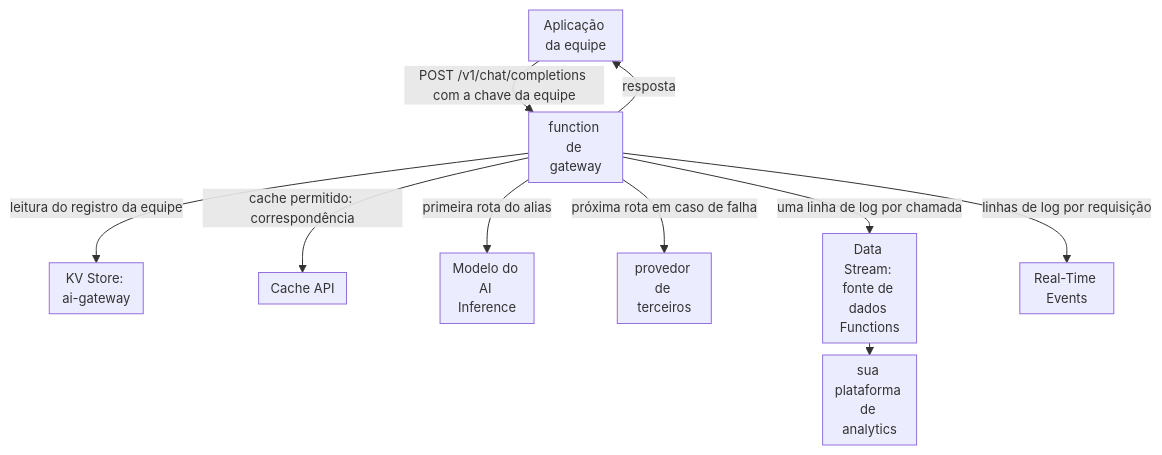
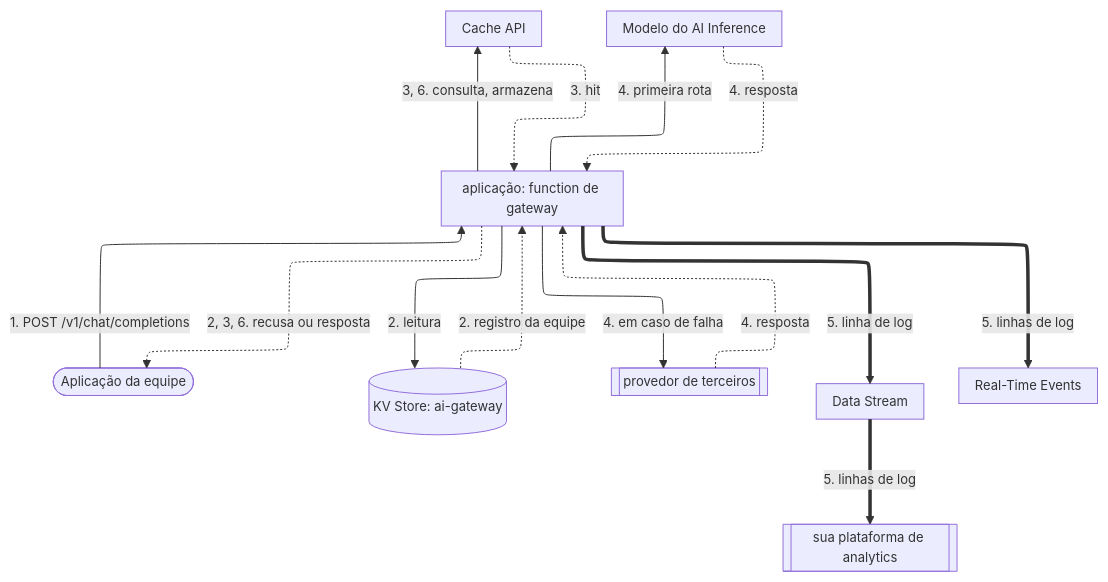
One commit to aziontech/docs changed the diagram in apps/docs/src/content/docs/pt-br/pages/casos-de-uso/construir-e-executar-workloads-de-ai/governar-o-acesso-a-multiplos-modelos-de-ia.mdx. Above: the diagram before and after it, drawn with Mermaid. The commit also changed other lines of this file and 55 other files, not shown here.

Commit message:
docs(use-cases): redraw the use-case diagrams with the way back and check their claims (#2509)

````diff
--- a/apps/docs/src/content/docs/pt-br/pages/casos-de-uso/construir-e-executar-workloads-de-ai/governar-o-acesso-a-multiplos-modelos-de-ia.mdx
+++ b/apps/docs/src/content/docs/pt-br/pages/casos-de-uso/construir-e-executar-workloads-de-ai/governar-o-acesso-a-multiplos-modelos-de-ia.mdx
@@ -45,13 +47,26 @@
 ```mermaid
-%%{init: {"layout": "dagre", "themeVariables": {"fontSize": "13px"}, "flowchart": {"nodeSpacing": 12, "rankSpacing": 12, "padding": 6, "wrappingWidth": 70, "minNodeWidth": 40, "useMaxWidth": true}}}%%
+%%{init: {"layout": "elk", "themeVariables": {"fontSize": "13px"}, "flowchart": {"nodeSpacing": 24, "rankSpacing": 36, "padding": 8, "wrappingWidth": 150, "useMaxWidth": true}, "sequence": {"width": 120, "actorMargin": 30, "useMaxWidth": true}}}%%
 flowchart TD
-  Client["Aplicação da equipe"] -->|"POST /v1/chat/completions com a chave da equipe"| Fn["function de gateway"]
-  Fn -->|"leitura do registro da equipe"| KV["KV Store: ai-gateway"]
-  Fn -->|"cache permitido: correspondência"| Cache["Cache API"]
-  Fn -->|"primeira rota do alias"| AI["Modelo do AI Inference"]
-  Fn -->|"próxima rota em caso de falha"| Provider["provedor de terceiros"]
-  Fn -->|"uma linha de log por chamada"| DS["Data Stream: fonte de dados Functions"]
-  DS --> Analytics["sua plataforma de analytics"]
-  Fn -->|"linhas de log por requisição"| RTE["Real-Time Events"]
-  Fn -->|"resposta"| Client
+  Client(["Aplicação da equipe"])
+  Fn["aplicação: function de gateway"]
+  KV[("KV Store: ai-gateway")]
+  Cache["Cache API"]
+  AI["Modelo do AI Inference"]
+  Provider[["provedor de terceiros"]]
+  DS["Data Stream"]
+  Analytics[["sua plataforma de analytics"]]
+  RTE["Real-Time Events"]
+  Client -->|"1. POST /v1/chat/completions"| Fn
+  Fn -->|"2. leitura"| KV
+  Fn -->|"3, 6. consulta, armazena"| Cache
+  Fn -->|"4. primeira rota"| AI
+  Fn -->|"4. em caso de falha"| Provider
+  KV -.->|"2. registro da equipe"| Fn
+  Cache -.->|"3. hit"| Fn
+  AI -.->|"4. resposta"| Fn
+  Provider -.->|"4. resposta"| Fn
+  Fn -.->|"2, 3, 6. recusa ou resposta"| Client
+  Fn ==>|"5. linha de log"| DS
+  DS ==>|"5. linhas de log"| Analytics
+  Fn ==>|"5. linhas de log"| RTE
 ```
````
